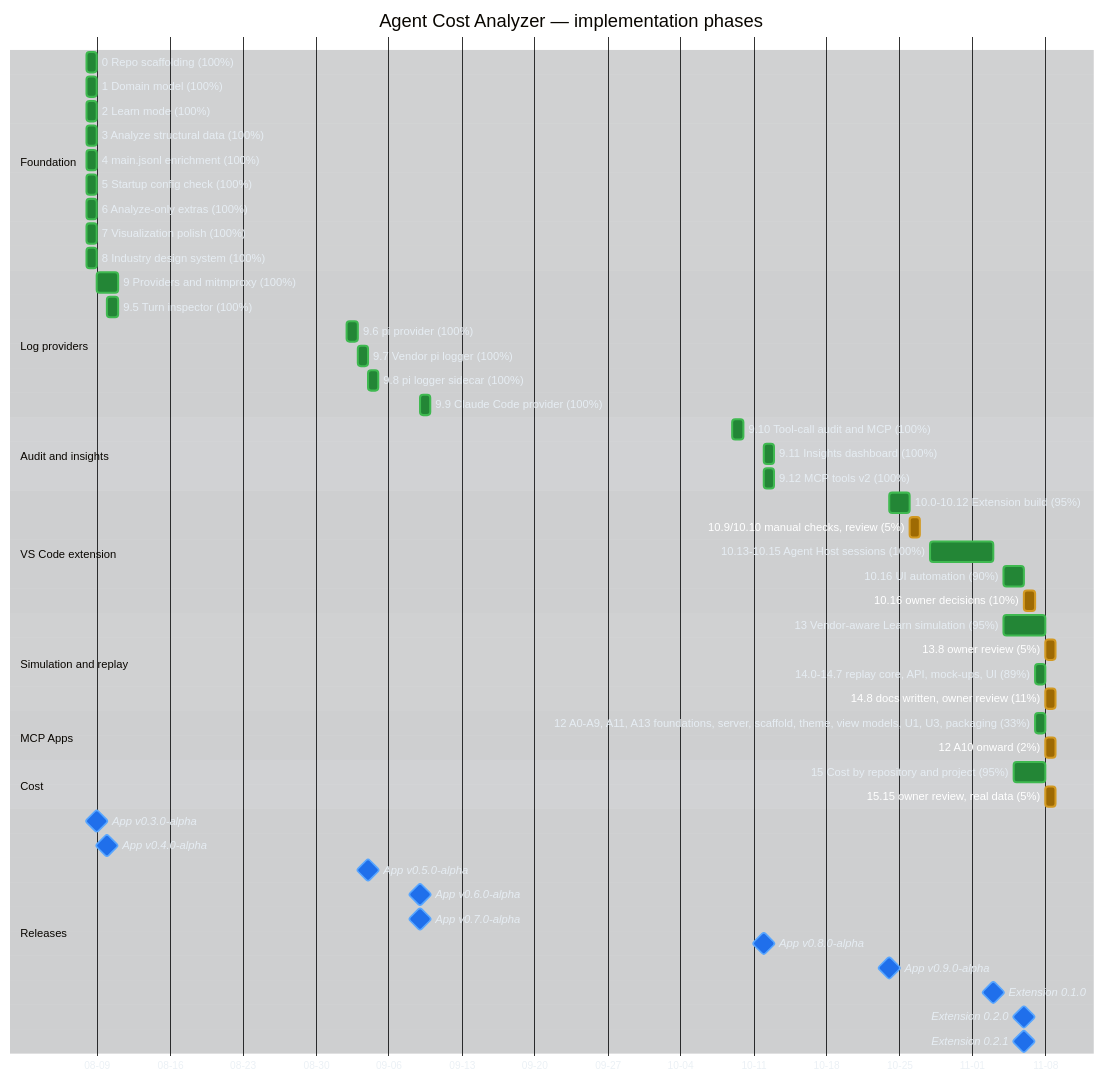
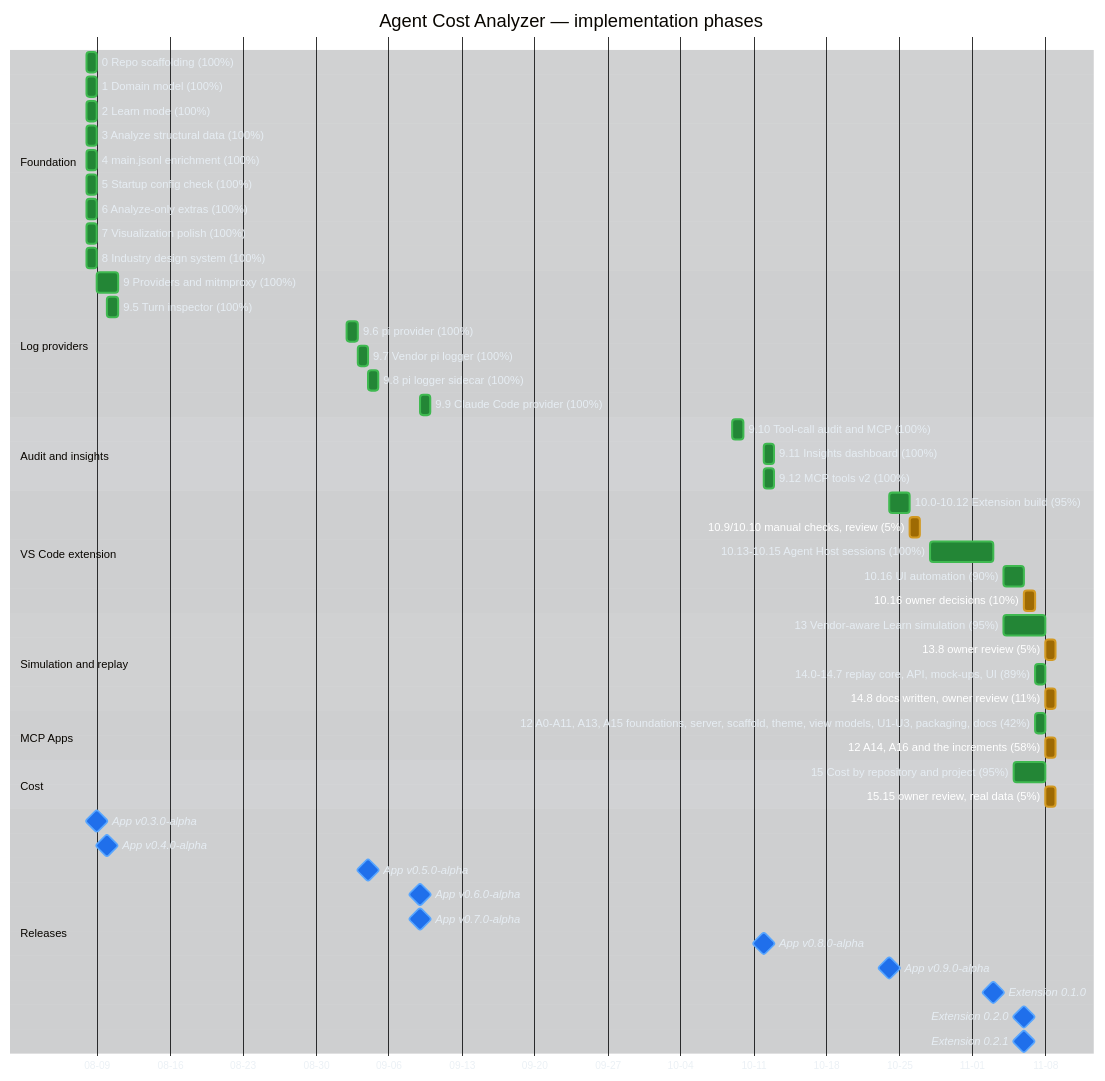
The first of 2 diagrams in docs/implementation-plan-gantt.md (raulkivi/agent-cost-analyzer), drawn with Mermaid before and after one commit. The commit also changed other lines of this file and 8 other files, not shown here.

```diff
--- a/docs/implementation-plan-gantt.md
+++ b/docs/implementation-plan-gantt.md
@@ -76,8 +76,8 @@
     14.8 docs written, owner review (11%)  :active, p14r, after p14, 1d
 
     section MCP Apps
-    12 A0-A9, A11, A13 foundations, server, scaffold, theme, view models, U1, U3, packaging (33%) :done, p12a, 2026-11-07, 1d
-    12 A10 onward (2%) :active, p12b, after p12a, 1d
+    12 A0-A11, A13, A15 foundations, server, scaffold, theme, view models, U1-U3, packaging, docs (42%) :done, p12a, 2026-11-07, 1d
+    12 A14, A16 and the increments (58%) :active, p12b, after p12a, 1d
 
     section Cost
     15 Cost by repository and project (95%) :done, p15, 2026-11-05, 3d
```
